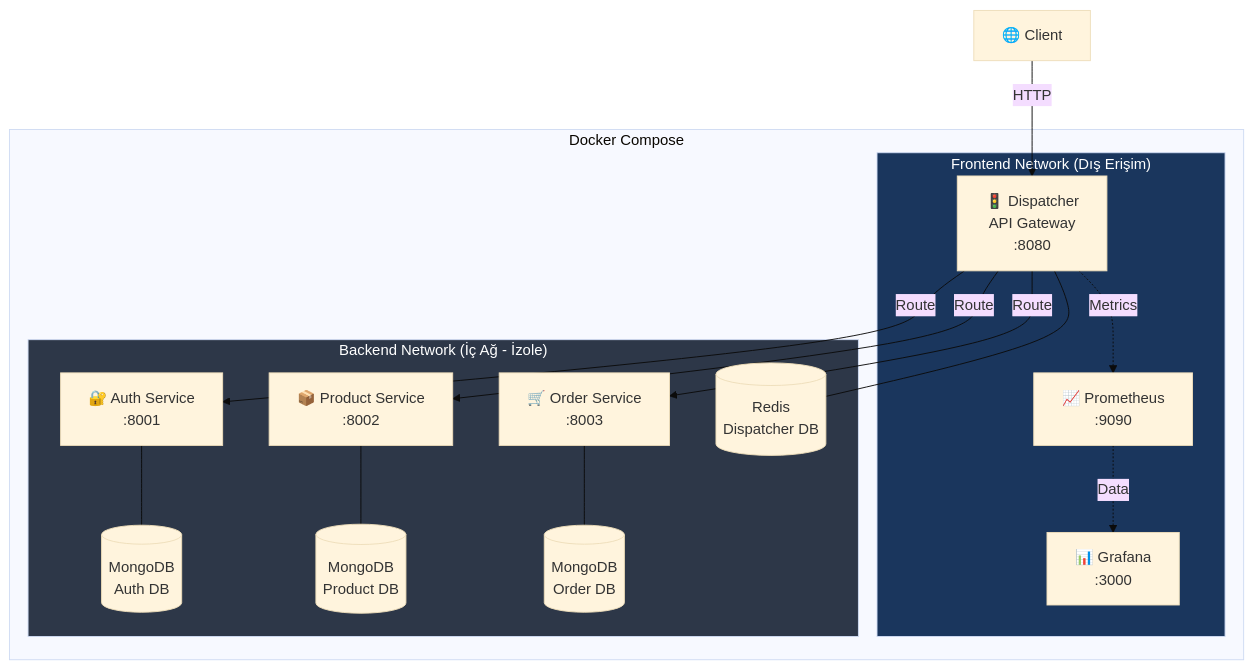
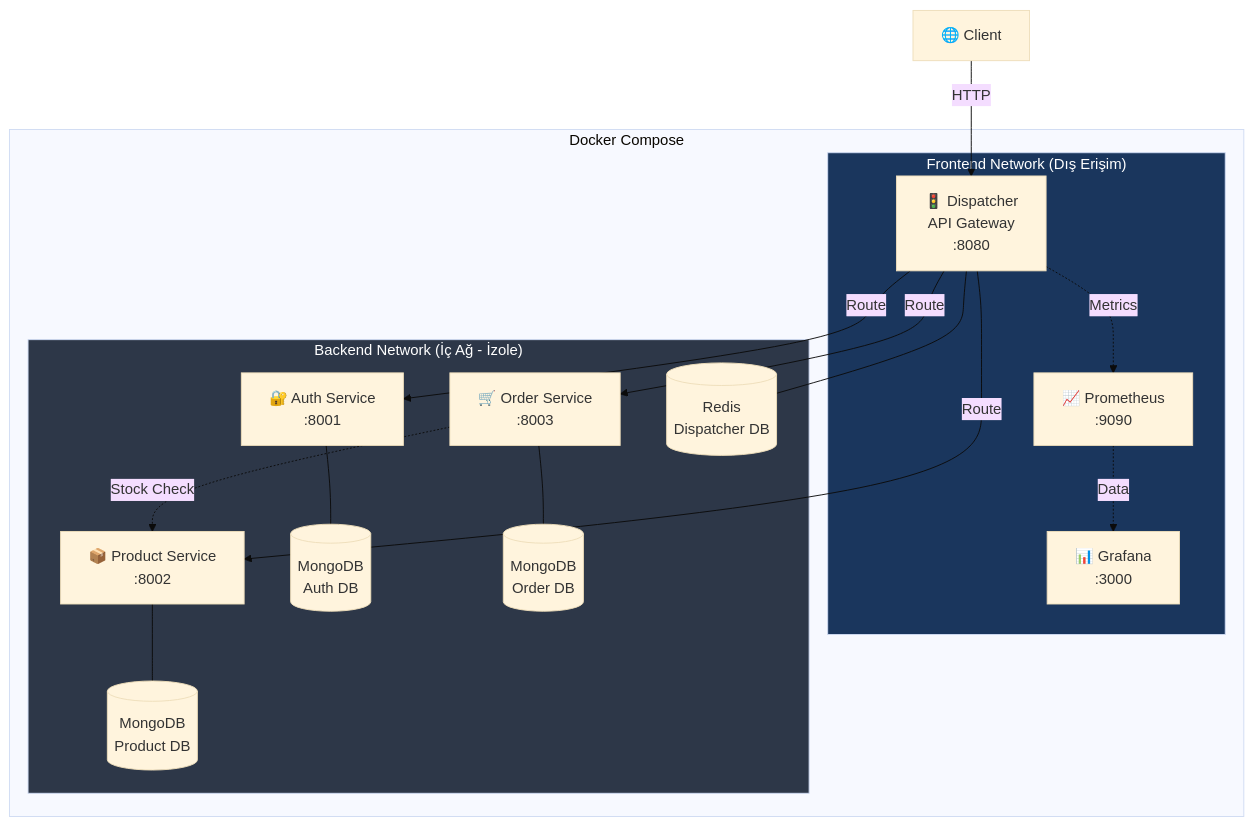
One commit to atakancetli/microservice-ecommerce- changed the first of 4 diagrams in README.md. Above: the diagram before and after it, drawn with Mermaid (base theme). The commit also changed other lines of this file, not shown here.

First line of the commit message:
docs: add architecture section with Mermaid diagrams

````diff
--- a/README.md
+++ b/README.md
@@ -53,39 +53,41 @@
 ```mermaid
 graph TB
     Client["🌐 Client"]
     
     subgraph Docker["Docker Compose"]
         subgraph Frontend["Frontend Network (Dış Erişim)"]
             Dispatcher["🚦 Dispatcher<br/>API Gateway<br/>:8080"]
             Grafana["📊 Grafana<br/>:3000"]
             Prometheus["📈 Prometheus<br/>:9090"]
         end
         
         subgraph Backend["Backend Network (İç Ağ - İzole)"]
             Auth["🔐 Auth Service<br/>:8001"]
             Product["📦 Product Service<br/>:8002"]
             Order["🛒 Order Service<br/>:8003"]
             
             Redis[("Redis<br/>Dispatcher DB")]
             AuthDB[("MongoDB<br/>Auth DB")]
             ProductDB[("MongoDB<br/>Product DB")]
             OrderDB[("MongoDB<br/>Order DB")]
         end
     end
     
     Client -->|HTTP| Dispatcher
     Dispatcher -->|Route| Auth
     Dispatcher -->|Route| Product
     Dispatcher -->|Route| Order
     
+    Order -.->|Stock Check| Product
+    
     Dispatcher --- Redis
     Auth --- AuthDB
     Product --- ProductDB
     Order --- OrderDB
     
     Dispatcher -.->|Metrics| Prometheus
     Prometheus -.->|Data| Grafana
 
     style Frontend fill:#1a365d,color:#fff
     style Backend fill:#2d3748,color:#fff
 ```
````
